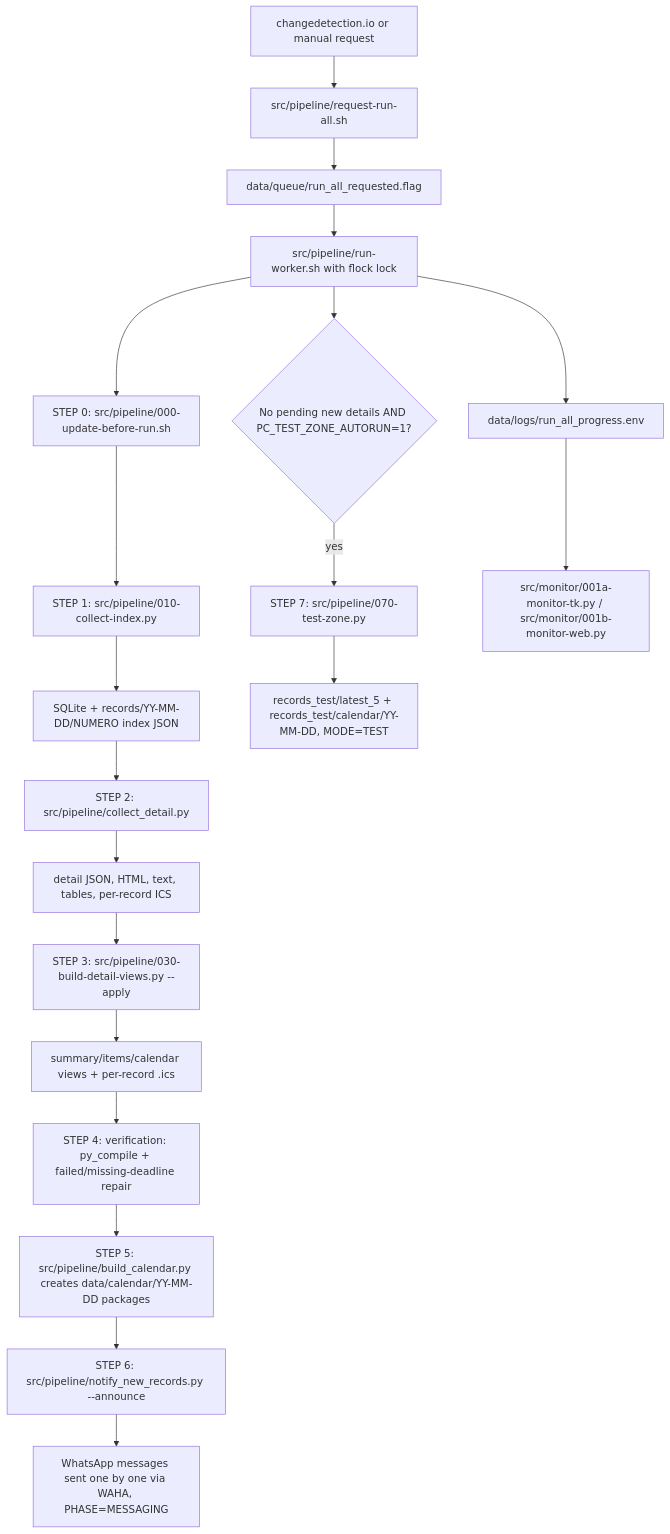
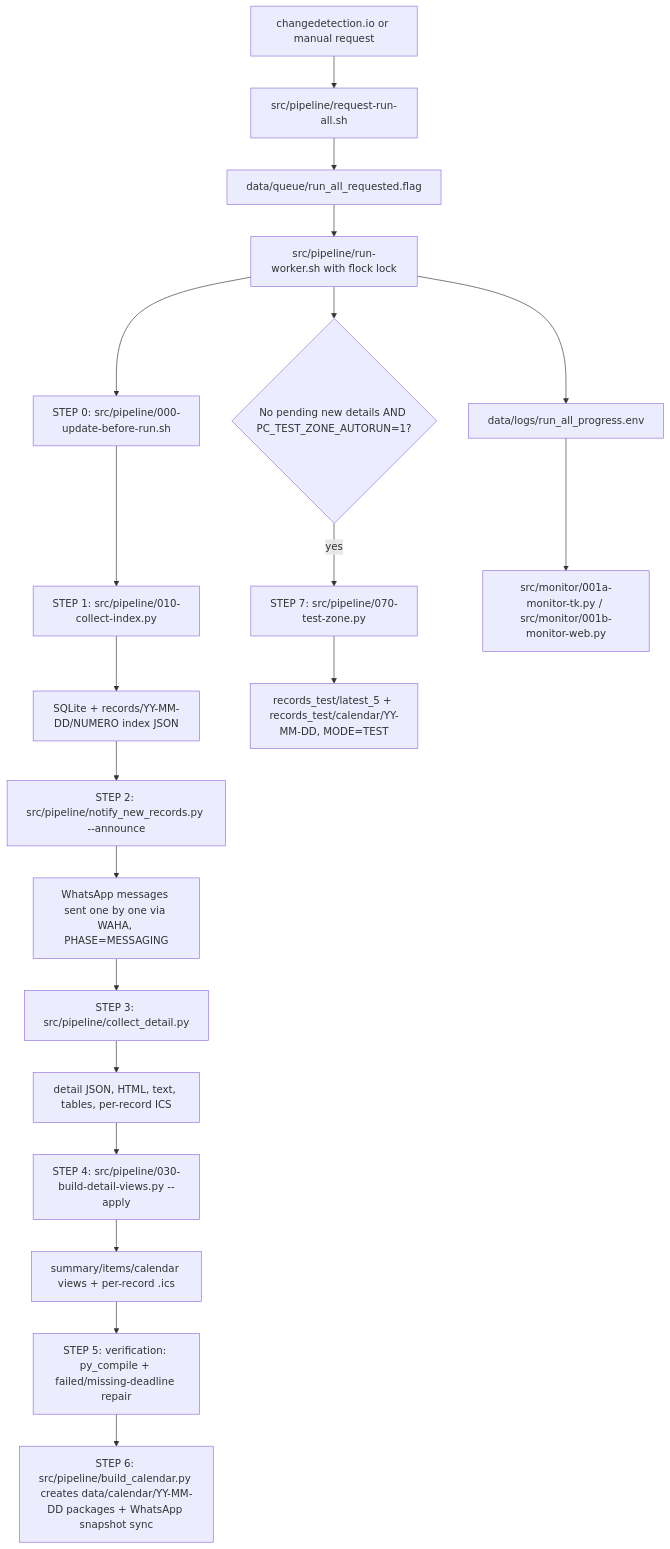
Before and after one commit to 413x-4rtur0/panamacompra-collector-backfill: the diagram in README.md, drawn with Mermaid. The commit also changed other lines of this file and 7 other files, not shown here.

First line of the commit message:
Send WhatsApp messages right after the index, before detail downloads

````diff
--- a/README.md
+++ b/README.md
@@ -146,22 +147,22 @@
 ```mermaid
 flowchart TD
     A[changedetection.io or manual request] --> B[src/pipeline/request-run-all.sh]
     B --> C[data/queue/run_all_requested.flag]
     C --> D[src/pipeline/run-worker.sh with flock lock]
     D --> U[STEP 0: src/pipeline/000-update-before-run.sh]
     U --> E[STEP 1: src/pipeline/010-collect-index.py]
     E --> F[SQLite + records/YY-MM-DD/NUMERO index JSON]
-    F --> G[STEP 2: src/pipeline/collect_detail.py]
+    F --> P[STEP 2: src/pipeline/notify_new_records.py --announce]
+    P --> Q[WhatsApp messages sent one by one via WAHA, PHASE=MESSAGING]
+    Q --> G[STEP 3: src/pipeline/collect_detail.py]
     G --> H[detail JSON, HTML, text, tables, per-record ICS]
-    H --> I[STEP 3: src/pipeline/030-build-detail-views.py --apply]
+    H --> I[STEP 4: src/pipeline/030-build-detail-views.py --apply]
     I --> V[summary/items/calendar views + per-record .ics]
-    V --> R[STEP 4: verification: py_compile + failed/missing-deadline repair]
-    R --> J[STEP 5: src/pipeline/build_calendar.py creates data/calendar/YY-MM-DD packages]
-    J --> P[STEP 6: src/pipeline/notify_new_records.py --announce]
-    P --> Q[WhatsApp messages sent one by one via WAHA, PHASE=MESSAGING]
+    V --> R[STEP 5: verification: py_compile + failed/missing-deadline repair]
+    R --> J[STEP 6: src/pipeline/build_calendar.py creates data/calendar/YY-MM-DD packages + WhatsApp snapshot sync]
     D --> K{No pending new details AND PC_TEST_ZONE_AUTORUN=1?}
     K -- yes --> L[STEP 7: src/pipeline/070-test-zone.py]
     L --> M[records_test/latest_5 + records_test/calendar/YY-MM-DD, MODE=TEST]
     D --> N[data/logs/run_all_progress.env]
     N --> O[src/monitor/001a-monitor-tk.py / src/monitor/001b-monitor-web.py]
 ```
````
